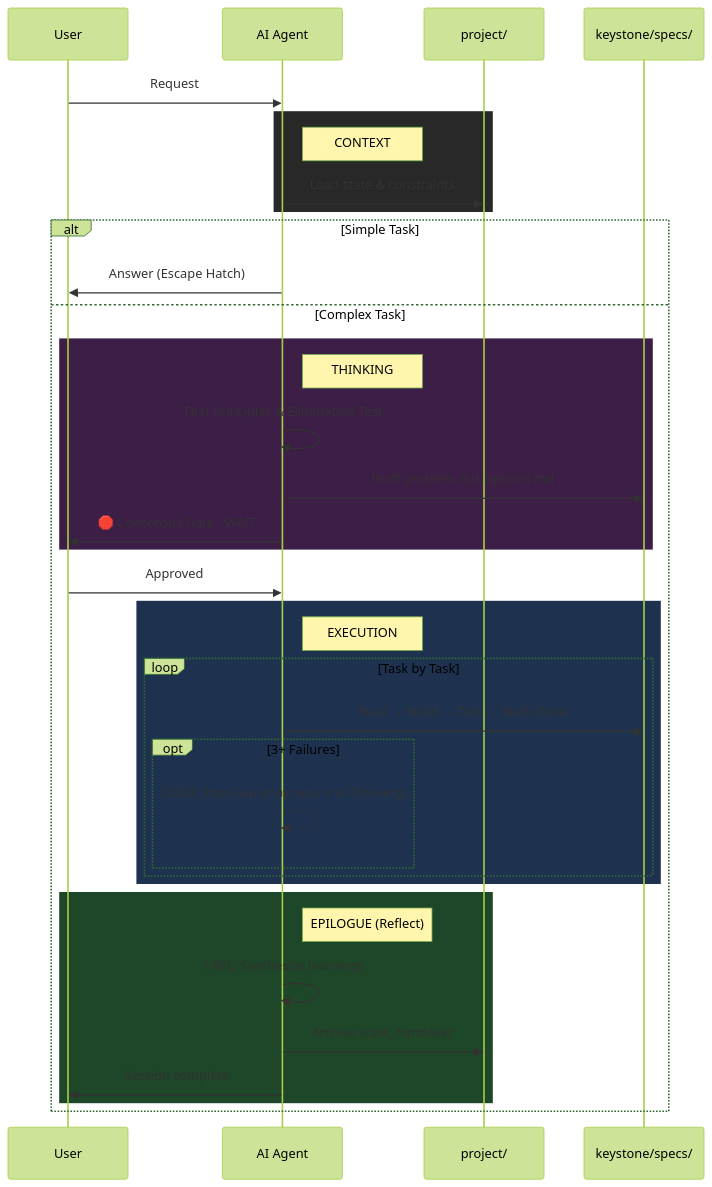
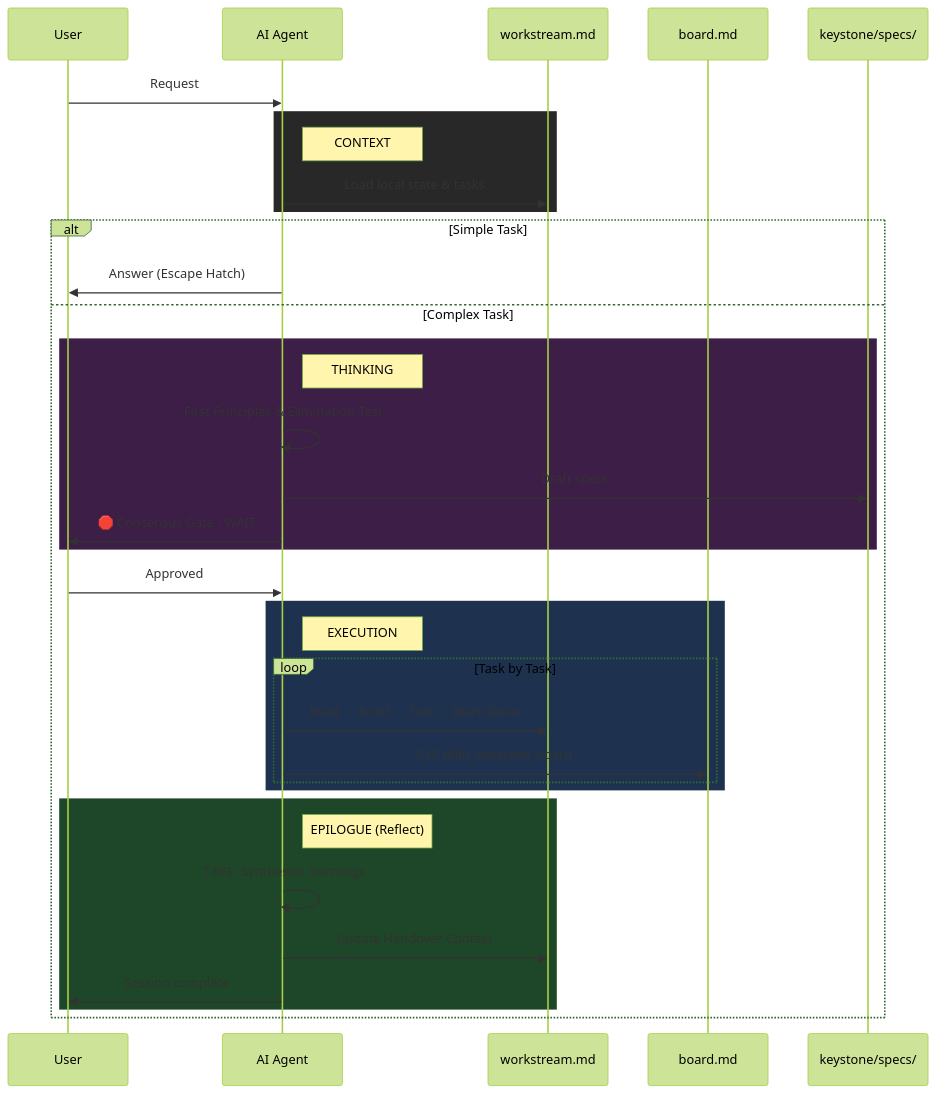
Before and after one commit to Skeptomenos/Keystone: the first of 2 diagrams in keystone_starter/keystone/README.md, drawn with Mermaid (forest theme). The commit also changed other lines of this file and 24 other files, not shown here.

Commit message:
feat: implement Unified Workstream Model and Keystone Skill Suite (v4.6.0)

````diff
--- a/keystone_starter/keystone/README.md
+++ b/keystone_starter/keystone/README.md
@@ -133,44 +40,43 @@
 ```mermaid
 sequenceDiagram
     participant User
     participant AI as AI Agent
-    participant Context as project/
+    participant Context as workstream.md
+    participant Board as board.md
     participant Specs as keystone/specs/
 
     User->>AI: Request
 
     rect rgb(40, 40, 40)
     Note right of AI: CONTEXT
-    AI->>Context: Load state & constraints
+    AI->>Context: Load local state & tasks
     end
 
     alt Simple Task
         AI->>User: Answer (Escape Hatch)
     else Complex Task
         rect rgb(60, 30, 70)
         Note right of AI: THINKING
         AI->>AI: First Principles & Elimination Test
-        AI->>Specs: Draft problem.md, options.md
+        AI->>Specs: Draft specs
         AI->>User: 🛑 Consensus Gate - WAIT
         end
         
         User->>AI: Approved
 
         rect rgb(30, 50, 80)
         Note right of AI: EXECUTION
         loop Task by Task
-            AI->>Specs: Read → Build → Test → Mark Done
-            opt 3+ Failures
-                AI-->>AI: OODA Stop-Gap (may return to Thinking)
-            end
+            AI->>Context: Read → Build → Test → Mark Done
+            AI->>Board: Call skills_keystone_board
         end
         end
 
         rect rgb(30, 70, 40)
         Note right of AI: EPILOGUE (Reflect)
         AI->>AI: T-RFL: Synthesize learnings
-        AI->>Context: Archive state, handover
+        AI->>Context: Update Handover Context
         AI->>User: Session complete
         end
     end
 ```
````
